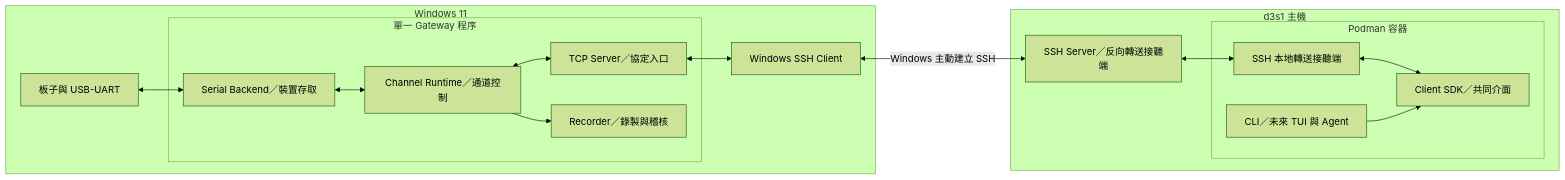
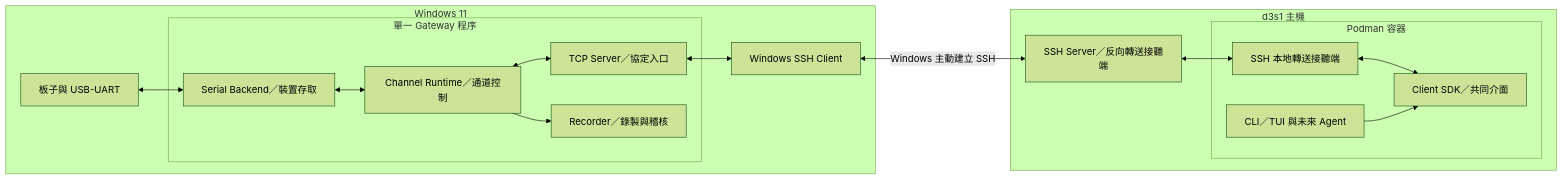
Before and after one commit to abiau/uart-gateway: the first of 4 diagrams in docs/architecture.md, drawn with Mermaid (forest theme). The commit also changed other lines of this file and 23 other files, not shown here.

````diff
--- a/docs/architecture.md
+++ b/docs/architecture.md
@@ -13,30 +13,30 @@
 ```mermaid
 flowchart LR
     subgraph W["Windows 11"]
         HW["板子與 USB-UART"]
         subgraph G["單一 Gateway 程序"]
             IO["Serial Backend／裝置存取"]
             CORE["Channel Runtime／通道控制"]
             TCP["TCP Server／協定入口"]
             REC["Recorder／錄製與稽核"]
             IO <--> CORE
             CORE <--> TCP
             CORE --> REC
         end
         HW <--> IO
         WS["Windows SSH Client"]
         TCP <--> WS
     end
     subgraph D["d3s1 主機"]
         RS["SSH Server／反向轉送接聽端"]
         subgraph P["Podman 容器"]
             LS["SSH 本地轉送接聽端"]
             SDK["Client SDK／共同介面"]
-            UI["CLI／未來 TUI 與 Agent"]
+            UI["CLI／TUI 與未來 Agent"]
             LS <--> SDK
             UI --> SDK
         end
         RS <--> LS
     end
     WS <-->|"Windows 主動建立 SSH"| RS
 ```
````
